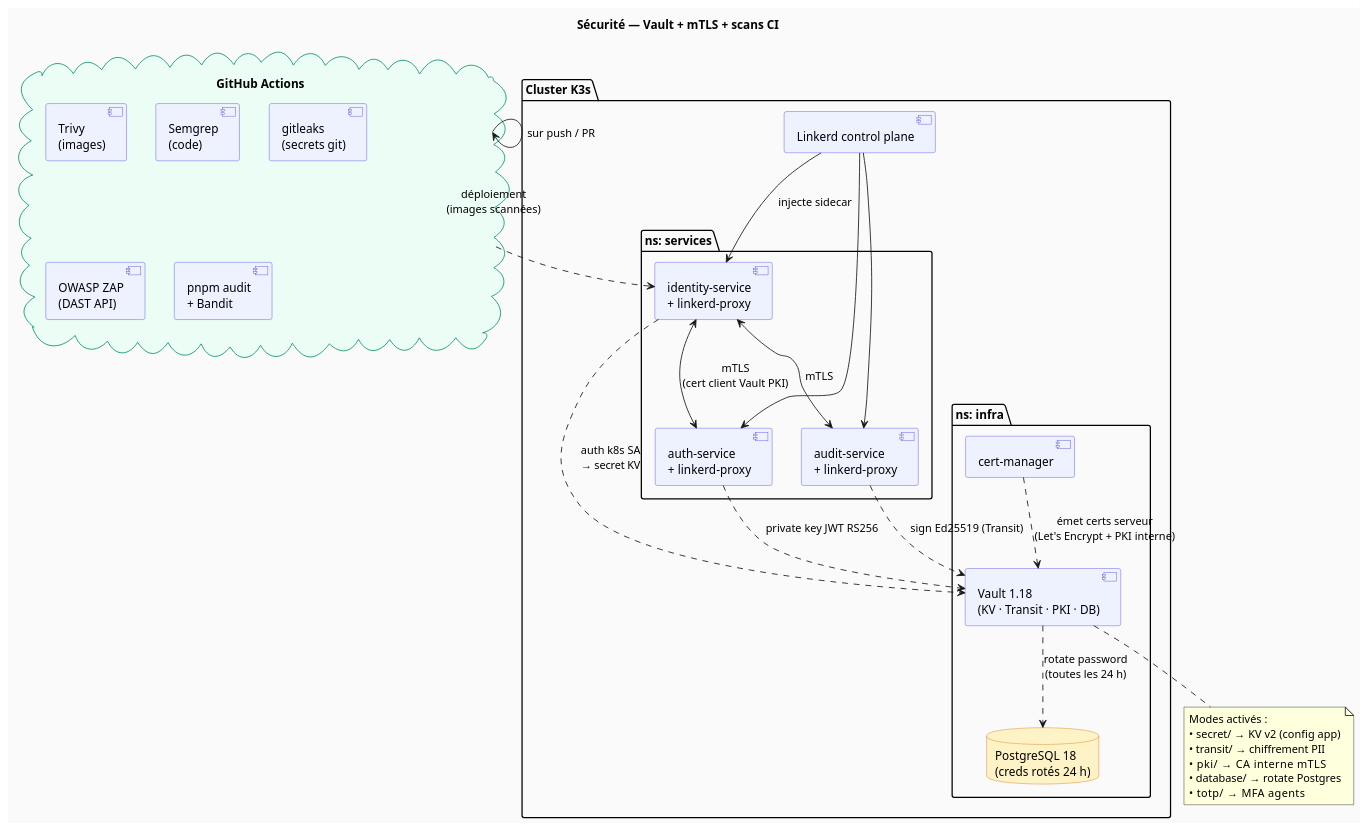
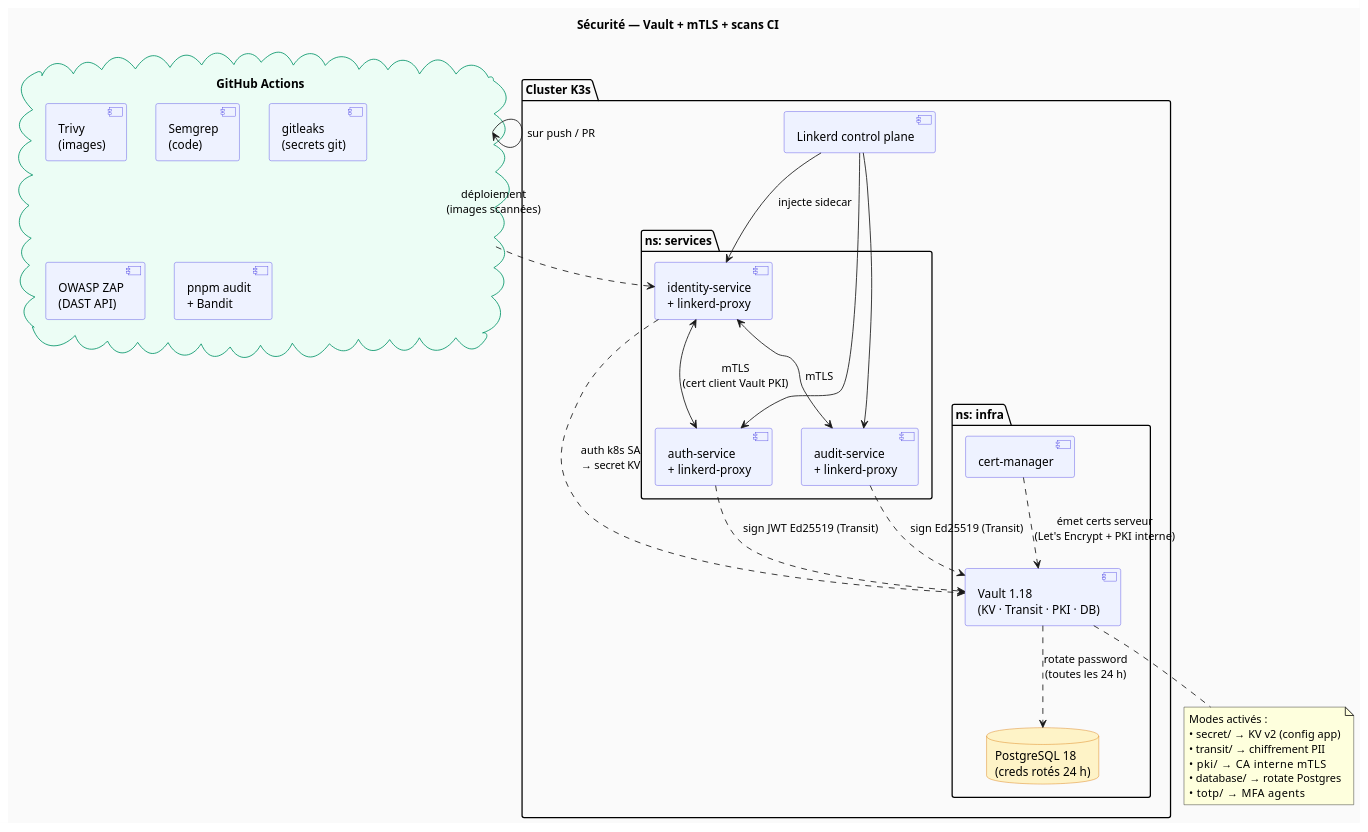
Before and after one commit to TheManInPink/Session-Ete-2026: the diagram in docs/15-SECURITY-HARDENING.md, drawn with PlantUML. The commit also changed other lines of this file and 9 other files, not shown here.

````diff
--- a/docs/15-SECURITY-HARDENING.md
+++ b/docs/15-SECURITY-HARDENING.md
@@ -70,69 +73,69 @@
 ```plantuml
 @startuml NINA-AES_SecurityArchitecture
 title Sécurité — Vault + mTLS + scans CI
 
 skinparam backgroundColor #FAFAFA
 skinparam shadowing false
 skinparam component {
   BackgroundColor #EEF2FF
   BorderColor #4F46E5
 }
 
 skinparam database {
   BackgroundColor #FEF3C7
   BorderColor #D97706
 }
 
 skinparam cloud {
   BackgroundColor #ECFDF5
   BorderColor #059669
 }
 
 cloud "GitHub Actions" as CI {
   component "Trivy\n(images)" as Trivy
   component "Semgrep\n(code)" as Semgrep
   component "gitleaks\n(secrets git)" as Gitleaks
   component "OWASP ZAP\n(DAST API)" as ZAP
   component "pnpm audit\n+ Bandit" as Audit
 }
 
 package "Cluster K3s" {
   component "Linkerd control plane" as LK
   package "ns: services" {
     component "identity-service\n+ linkerd-proxy" as Identity
     component "auth-service\n+ linkerd-proxy" as Auth
     component "audit-service\n+ linkerd-proxy" as AuditSvc
   }
   package "ns: infra" {
     component "Vault 1.18\n(KV · Transit · PKI · DB)" as Vault
     component "cert-manager" as CM
     database "PostgreSQL 18\n(creds rotés 24 h)" as PG
   }
 }
 
 CI --> CI : sur push / PR
 CI ..> Identity : déploiement\n(images scannées)
 
 Identity <-down-> Auth : mTLS\n(cert client Vault PKI)
 Identity <-down-> AuditSvc : mTLS
 LK --> Identity : injecte sidecar
 LK --> Auth
 LK --> AuditSvc
 
 Identity ..> Vault : auth k8s SA\n→ secret KV
 AuditSvc ..> Vault : sign Ed25519 (Transit)
-Auth     ..> Vault : private key JWT RS256
+Auth     ..> Vault : sign JWT Ed25519 (Transit)
 
 Vault ..> PG : rotate password\n(toutes les 24 h)
 CM ..> Vault : émet certs serveur\n(Let's Encrypt + PKI interne)
 
 note bottom of Vault
   Modes activés :
   • secret/  → KV v2 (config app)
   • transit/ → chiffrement PII
   • pki/     → CA interne mTLS
   • database/ → rotate Postgres
   • totp/    → MFA agents
 end note
 @enduml
 ```
````
